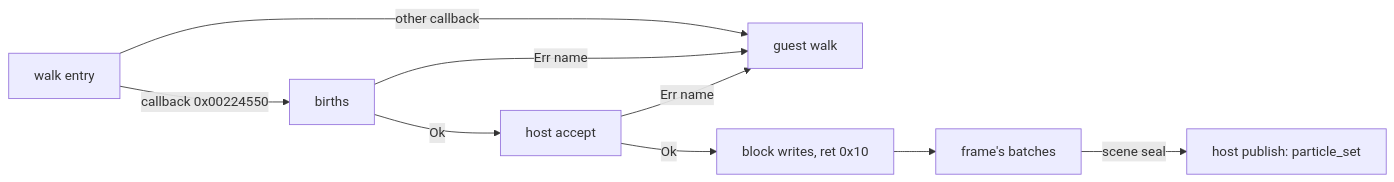
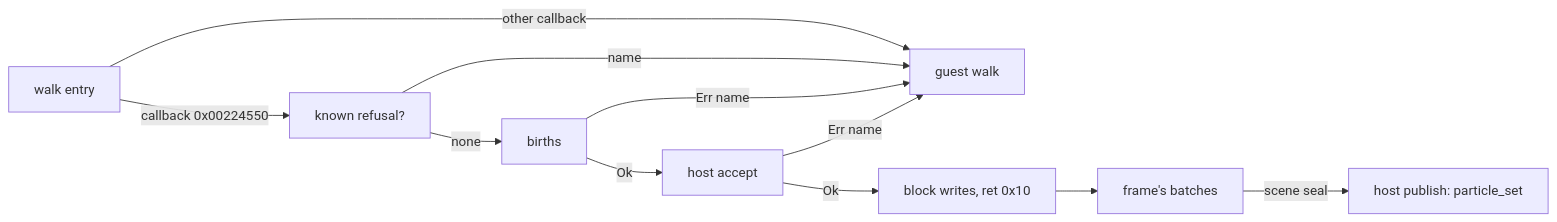
One commit to 0xdeafcafe/h2r changed the third of 4 diagrams in docs/graphics/native-particles.md. Above: the diagram before and after it, drawn with Mermaid. The commit also changed other lines of this file and 3 other files, not shown here.

First line of the commit message:
particle walk: a draw whose system is known not to build is refused at the entry, so a refused walk costs one lookup, not a model walk

````diff
--- a/docs/graphics/native-particles.md
+++ b/docs/graphics/native-particles.md
@@ -533,11 +542,13 @@
 ```mermaid
 flowchart LR
-  W[walk entry] -->|callback 0x00224550| B[births]
+  W[walk entry] -->|callback 0x00224550| K[known refusal?]
   W -->|other callback| G[guest walk]
+  K -->|name| G
+  K -->|none| B[births]
   B -->|Err name| G
   B -->|Ok| A[host accept]
   A -->|Err name| G
   A -->|Ok| R[block writes, ret 0x10]
   R --> F[frame's batches]
   F -->|scene seal| P[host publish: particle_set]
 ```
````
